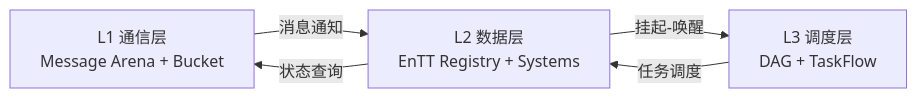
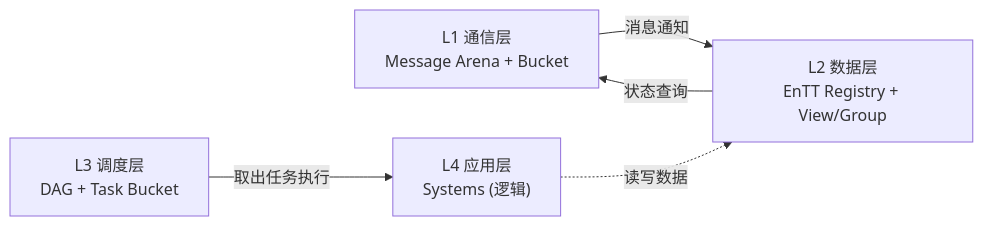
The diagram in src/posts/DX12Engine/EventSystem/Data layer.md (Gunxzq/blog), drawn with Mermaid before and after one commit. The commit also changed other lines of this file and 3 other files, not shown here.

````diff
--- a/src/posts/DX12Engine/EventSystem/Data layer.md
+++ b/src/posts/DX12Engine/EventSystem/Data layer.md
@@ -23,11 +23,11 @@
 ```mermaid
 graph LR
     L1["L1 通信层<br/>Message Arena + Bucket"]
-    L2["L2 数据层<br/>EnTT Registry + Systems"]
-    L3["L3 调度层<br/>DAG + TaskFlow"]
+    L2["L2 数据层<br/>EnTT Registry + View/Group"]
+    L3["L3 调度层<br/>DAG + Task Bucket"]
 
     L1 -->|"消息通知"| L2
     L2 -->|"状态查询"| L1
-    L3 -->|"任务调度"| L2
-    L2 -->|"挂起-唤醒"| L3
+    L3 -->|"取出任务执行"| L4
+    L4["L4 应用层<br/>Systems (逻辑)"] -.->|"读写数据"| L2
 ```
````
